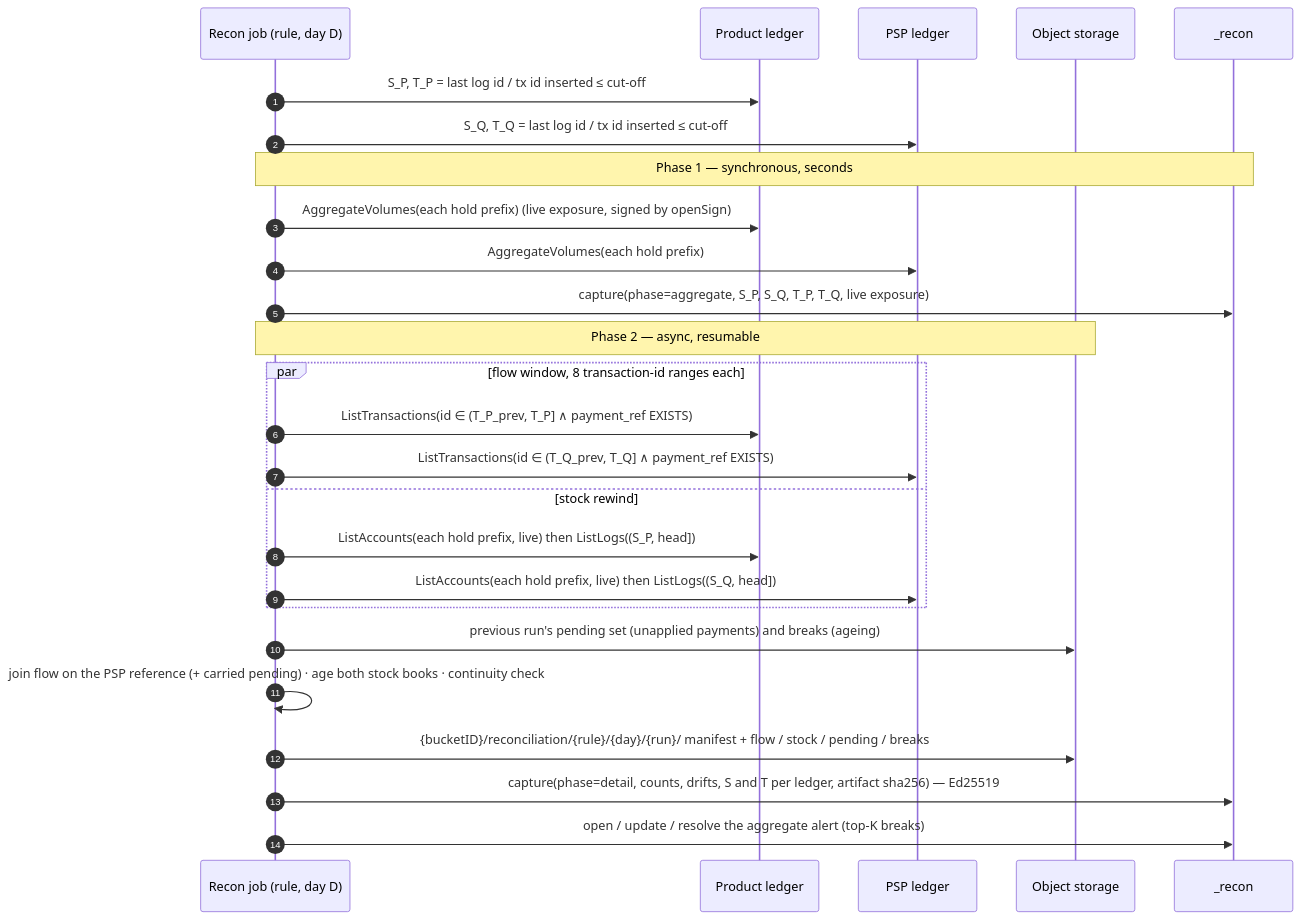
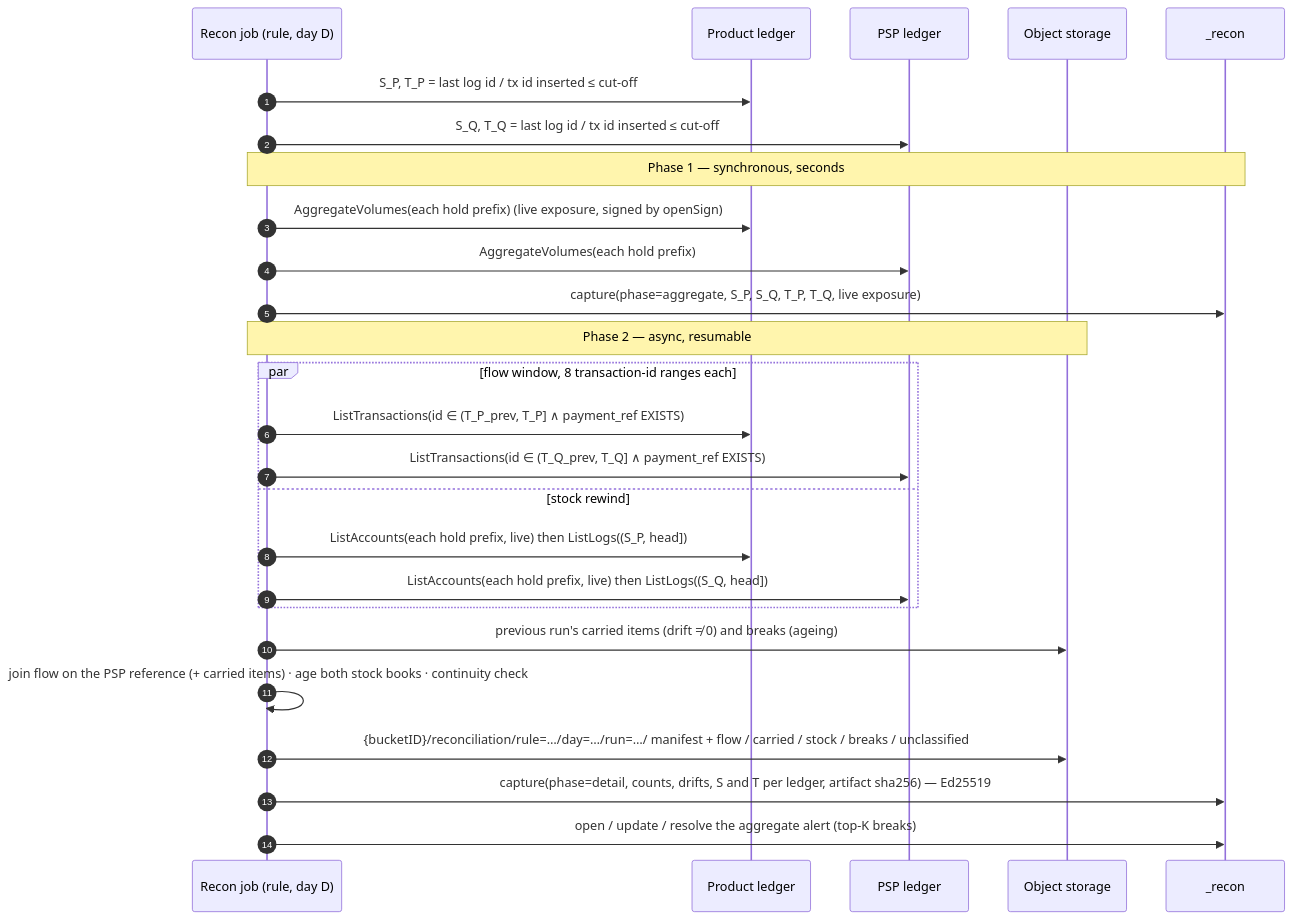
One commit to formancehq/reconciliation changed the second of 2 diagrams in docs/technical/transaction-level-reconciliation.md. Above: the diagram before and after it, drawn with Mermaid. The commit also changed other lines of this file and 3 other files, not shown here.

````diff
--- a/docs/technical/transaction-level-reconciliation.md
+++ b/docs/technical/transaction-level-reconciliation.md
@@ -174,29 +174,29 @@
 ```mermaid
 sequenceDiagram
     autonumber
     participant J as Recon job (rule, day D)
     participant P as Product ledger
     participant Q as PSP ledger
     participant O as Object storage
     participant C as _recon
 
     J->>P: S_P, T_P = last log id / tx id inserted ≤ cut-off
     J->>Q: S_Q, T_Q = last log id / tx id inserted ≤ cut-off
     Note over J,C: Phase 1 — synchronous, seconds
     J->>P: AggregateVolumes(each hold prefix)  (live exposure, signed by openSign)
     J->>Q: AggregateVolumes(each hold prefix)
     J->>C: capture(phase=aggregate, S_P, S_Q, T_P, T_Q, live exposure)
     Note over J,O: Phase 2 — async, resumable
     par flow window, 8 transaction-id ranges each
         J->>P: ListTransactions(id ∈ (T_P_prev, T_P] ∧ payment_ref EXISTS)
         J->>Q: ListTransactions(id ∈ (T_Q_prev, T_Q] ∧ payment_ref EXISTS)
     and stock rewind
         J->>P: ListAccounts(each hold prefix, live) then ListLogs((S_P, head])
         J->>Q: ListAccounts(each hold prefix, live) then ListLogs((S_Q, head])
     end
-    J->>O: previous run's pending set (unapplied payments) and breaks (ageing)
-    J->>J: join flow on the PSP reference (+ carried pending) · age both stock books · continuity check
-    J->>O: {bucketID}/reconciliation/{rule}/{day}/{run}/ manifest + flow / stock / pending / breaks
+    J->>O: previous run's carried items (drift ≠ 0) and breaks (ageing)
+    J->>J: join flow on the PSP reference (+ carried items) · age both stock books · continuity check
+    J->>O: {bucketID}/reconciliation/rule=…/day=…/run=…/ manifest + flow / carried / stock / breaks / unclassified
     J->>C: capture(phase=detail, counts, drifts, S and T per ledger, artifact sha256) — Ed25519
     J->>C: open / update / resolve the aggregate alert (top-K breaks)
 ```
````
